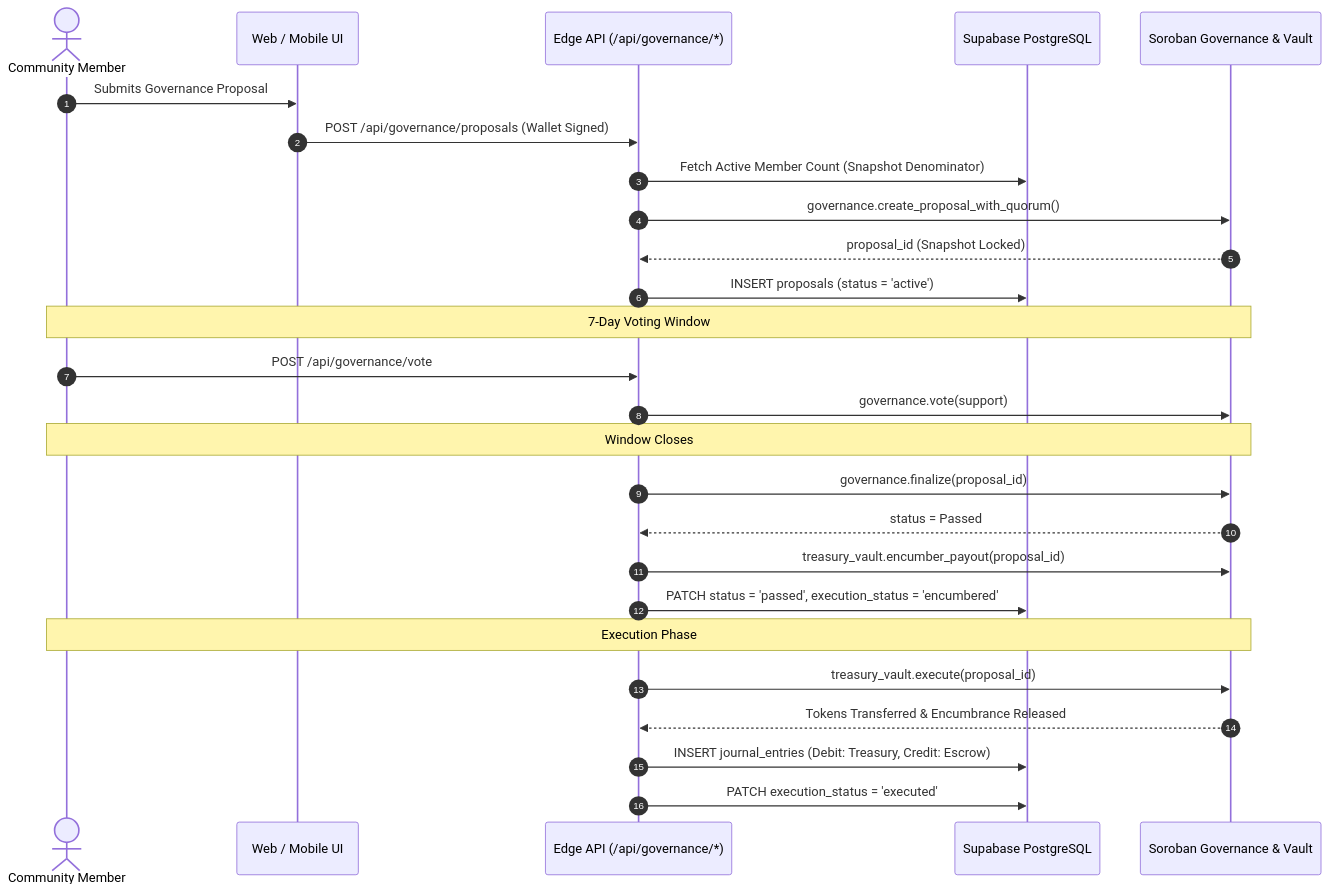
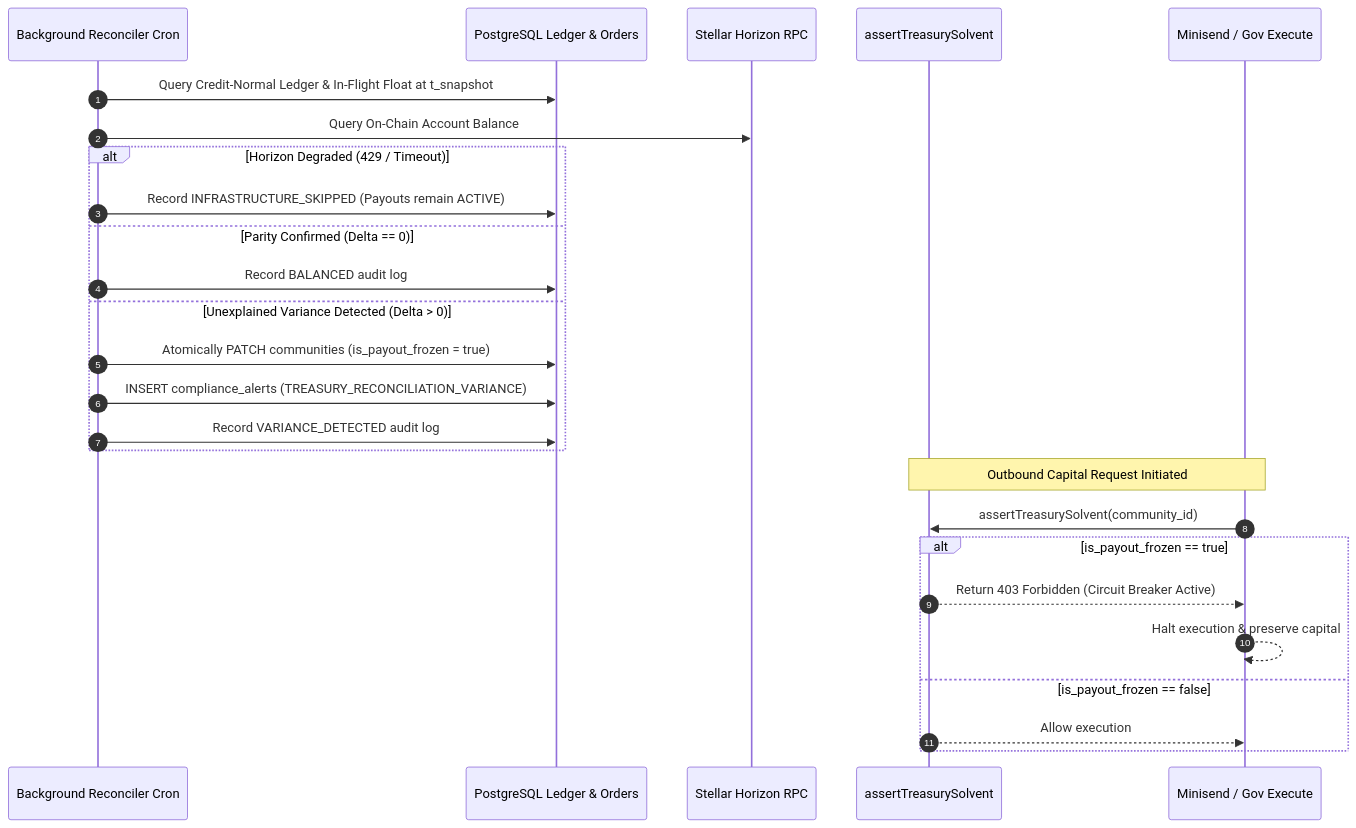
One commit to Azizudinly/baraza-protocol changed the diagram in BACKEND_CODE_MAP.md. Above: the diagram before and after it, drawn with Mermaid. The commit also changed other lines of this file and 16 other files, not shown here.

First line of the commit message:
feat(reconciliation): background treasury reconciliation, circuit breaker & health observability (Phase P5) (#82)

````diff
--- a/BACKEND_CODE_MAP.md
+++ b/BACKEND_CODE_MAP.md
@@ -244,32 +203,30 @@
 ```mermaid
 sequenceDiagram
     autonumber
-    actor Member as Community Member
-    participant UI as Web / Mobile UI
-    participant API as Edge API (/api/governance/*)
-    participant DB as Supabase PostgreSQL
-    participant Chain as Soroban Governance & Vault
+    participant Cron as Background Reconciler Cron
+    participant DB as PostgreSQL Ledger & Orders
+    participant Horizon as Stellar Horizon RPC
+    participant Gate as assertTreasurySolvent
+    participant Payout as Minisend / Gov Execute
 
-    Member->>UI: Submits Governance Proposal
-    UI->>API: POST /api/governance/proposals (Wallet Signed)
-    API->>DB: Fetch Active Member Count (Snapshot Denominator)
-    API->>Chain: governance.create_proposal_with_quorum()
-    Chain-->>API: proposal_id (Snapshot Locked)
-    API->>DB: INSERT proposals (status = 'active')
-    
-    Note over Member,Chain: 7-Day Voting Window
-    Member->>API: POST /api/governance/vote
-    API->>Chain: governance.vote(support)
-    
-    Note over Member,Chain: Window Closes
-    API->>Chain: governance.finalize(proposal_id)
-    Chain-->>API: status = Passed
-    API->>Chain: treasury_vault.encumber_payout(proposal_id)
-    API->>DB: PATCH status = 'passed', execution_status = 'encumbered'
+    Cron->>DB: Query Credit-Normal Ledger & In-Flight Float at t_snapshot
+    Cron->>Horizon: Query On-Chain Account Balance
+    alt Horizon Degraded (429 / Timeout)
+        Cron->>DB: Record INFRASTRUCTURE_SKIPPED (Payouts remain ACTIVE)
+    else Parity Confirmed (Delta == 0)
+        Cron->>DB: Record BALANCED audit log
+    else Unexplained Variance Detected (Delta > 0)
+        Cron->>DB: Atomically PATCH communities (is_payout_frozen = true)
+        Cron->>DB: INSERT compliance_alerts (TREASURY_RECONCILIATION_VARIANCE)
+        Cron->>DB: Record VARIANCE_DETECTED audit log
+    end
 
-    Note over Member,Chain: Execution Phase
-    API->>Chain: treasury_vault.execute(proposal_id)
-    Chain-->>API: Tokens Transferred & Encumbrance Released
-    API->>DB: INSERT journal_entries (Debit: Treasury, Credit: Escrow)
-    API->>DB: PATCH execution_status = 'executed'
+    Note over Payout,Gate: Outbound Capital Request Initiated
+    Payout->>Gate: assertTreasurySolvent(community_id)
+    alt is_payout_frozen == true
+        Gate-->>Payout: Return 403 Forbidden (Circuit Breaker Active)
+        Payout-->>Payout: Halt execution & preserve capital
+    else is_payout_frozen == false
+        Gate-->>Payout: Allow execution
+    end
 ```
````
